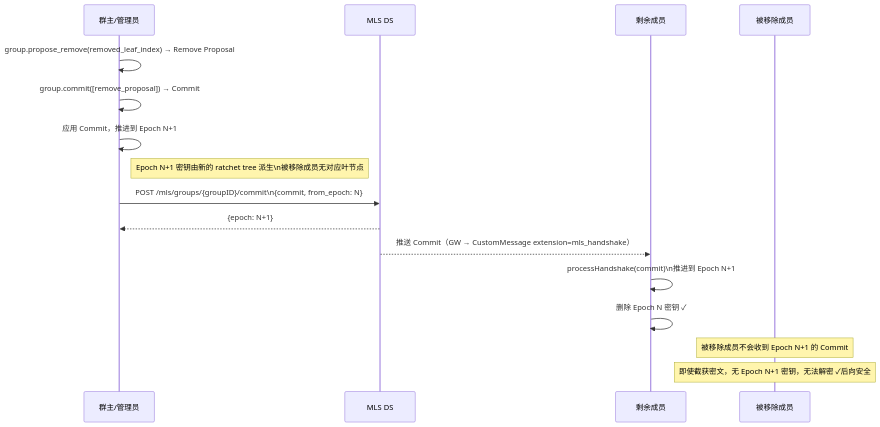
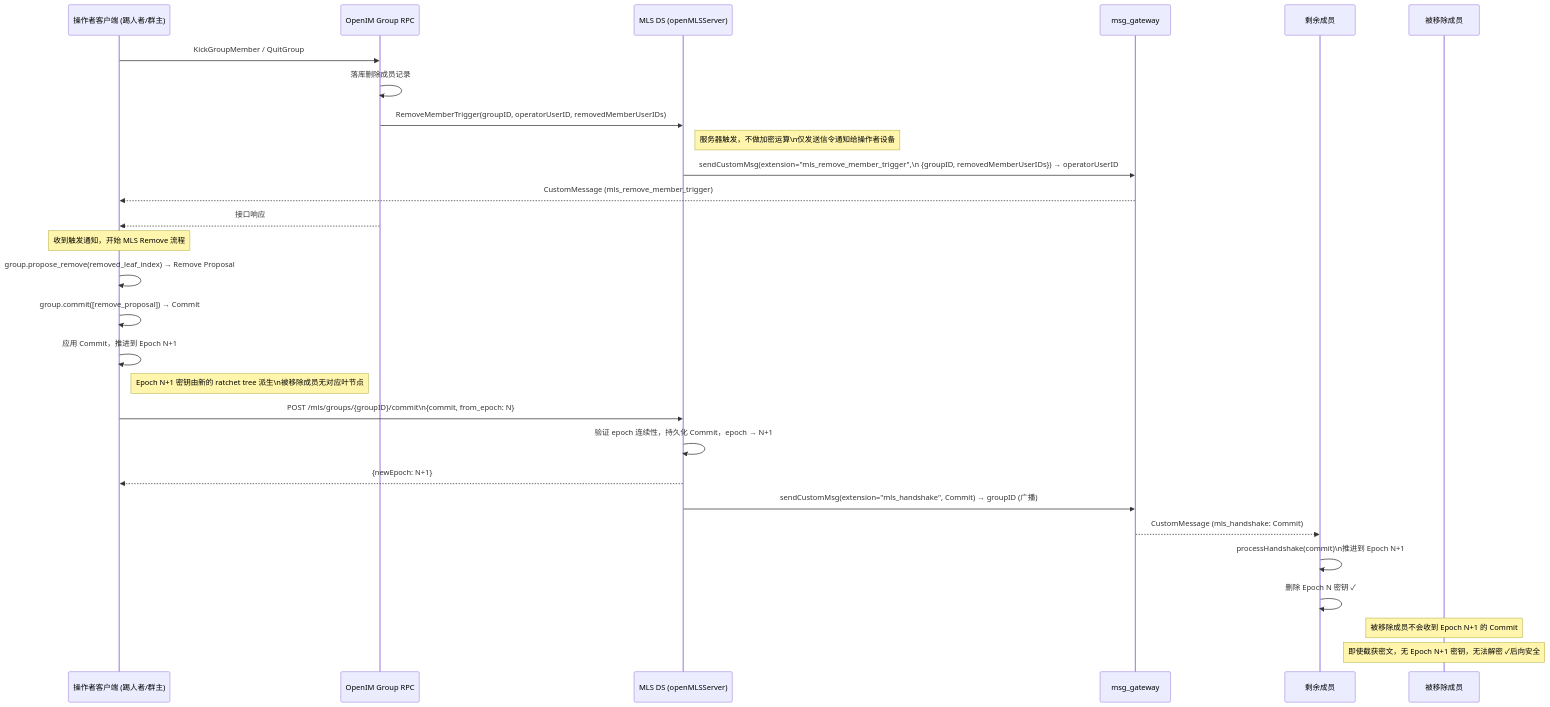
Before and after one commit to sok-im/open-im-server-origin: the seventh of 9 diagrams in docs/e2ee-openmls-design.md, drawn with Mermaid. The commit also changed other lines of this file, not shown here.

````diff
--- a/docs/e2ee-openmls-design.md
+++ b/docs/e2ee-openmls-design.md
@@ -428,22 +465,36 @@
 ```mermaid
 sequenceDiagram
-    participant Admin as 群主/管理员
-    participant DS as MLS DS
+    participant Client as 操作者客户端 (踢人者/群主)
+    participant GroupRPC as OpenIM Group RPC
+    participant DS as MLS DS (openMLSServer)
+    participant GW as msg_gateway
     participant Remaining as 剩余成员
     participant Removed as 被移除成员
 
-    Admin->>Admin: group.propose_remove(removed_leaf_index) → Remove Proposal
-    Admin->>Admin: group.commit([remove_proposal]) → Commit
-    Admin->>Admin: 应用 Commit，推进到 Epoch N+1
-    Note right of Admin: Epoch N+1 密钥由新的 ratchet tree 派生\n被移除成员无对应叶节点
+    Client->>GroupRPC: KickGroupMember / QuitGroup
+    GroupRPC->>GroupRPC: 落库删除成员记录
+    GroupRPC->>DS: RemoveMemberTrigger(groupID, operatorUserID, removedMemberUserIDs)
+    Note right of DS: 服务器触发，不做加密运算\n仅发送信令通知给操作者设备
 
-    Admin->>DS: POST /mls/groups/{groupID}/commit\n{commit, from_epoch: N}
-    DS-->>Admin: {epoch: N+1}
+    DS->>GW: sendCustomMsg(extension="mls_remove_member_trigger",\n  {groupID, removedMemberUserIDs}) → operatorUserID
+    GW-->>Client: CustomMessage (mls_remove_member_trigger)
+    GroupRPC-->>Client: 接口响应
 
-    DS-->>Remaining: 推送 Commit（GW → CustomMessage extension=mls_handshake）
+    Note over Client: 收到触发通知，开始 MLS Remove 流程
+    Client->>Client: group.propose_remove(removed_leaf_index) → Remove Proposal
+    Client->>Client: group.commit([remove_proposal]) → Commit
+    Client->>Client: 应用 Commit，推进到 Epoch N+1
+    Note right of Client: Epoch N+1 密钥由新的 ratchet tree 派生\n被移除成员无对应叶节点
+
+    Client->>DS: POST /mls/groups/{groupID}/commit\n{commit, from_epoch: N}
+    DS->>DS: 验证 epoch 连续性，持久化 Commit，epoch → N+1
+    DS-->>Client: {newEpoch: N+1}
+
+    DS->>GW: sendCustomMsg(extension="mls_handshake", Commit) → groupID (广播)
+    GW-->>Remaining: CustomMessage (mls_handshake: Commit)
     Remaining->>Remaining: processHandshake(commit)\n推进到 Epoch N+1
     Remaining->>Remaining: 删除 Epoch N 密钥 ✓
 
     Note over Removed: 被移除成员不会收到 Epoch N+1 的 Commit
     Note over Removed: 即使截获密文，无 Epoch N+1 密钥，无法解密 ✓后向安全
 ```
````
